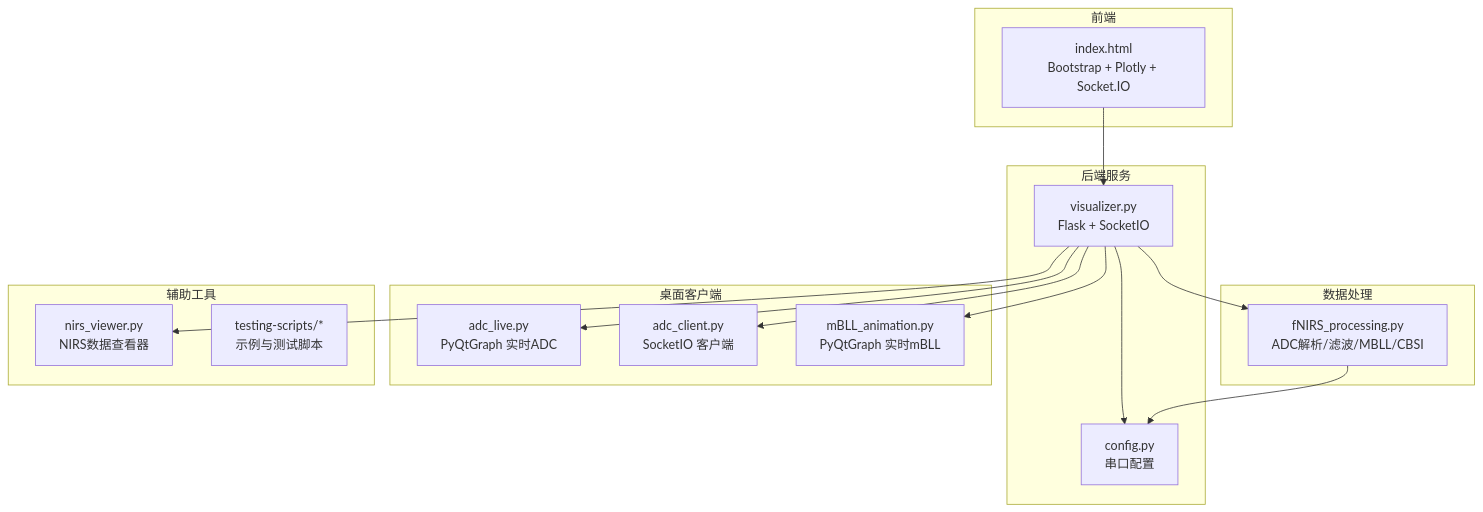
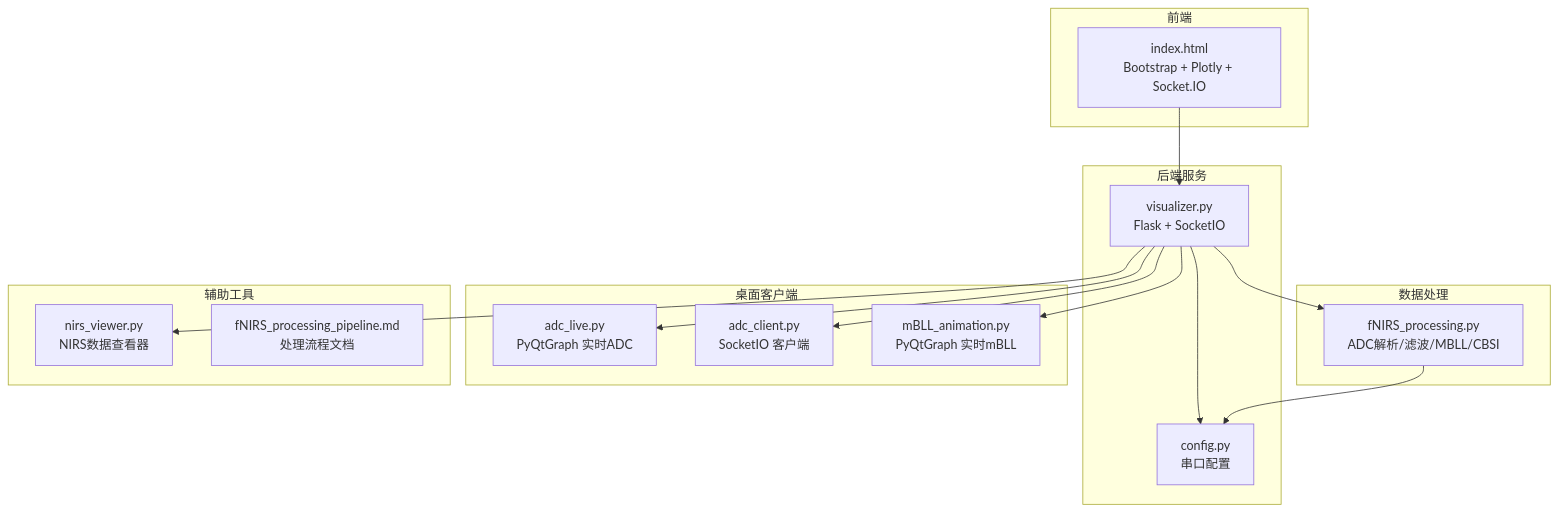
One commit to zhushizi/fNIRS-main changed the first of 8 diagrams in .qoder/repowiki/zh/content/软件系统/软件系统.md. Above: the diagram before and after it, drawn with Mermaid. The commit also changed other lines of this file and 28 other files, not shown here.

````diff
--- a/.qoder/repowiki/zh/content/软件系统/软件系统.md
+++ b/.qoder/repowiki/zh/content/软件系统/软件系统.md
@@ -45,30 +44,30 @@
 ```mermaid
 graph TB
 subgraph "前端"
 UI["index.html<br/>Bootstrap + Plotly + Socket.IO"]
 end
 subgraph "后端服务"
 V["visualizer.py<br/>Flask + SocketIO"]
 CFG["config.py<br/>串口配置"]
 end
 subgraph "数据处理"
 PROC["fNIRS_processing.py<br/>ADC解析/滤波/MBLL/CBSI"]
 end
 subgraph "桌面客户端"
 ADCL["adc_live.py<br/>PyQtGraph 实时ADC"]
 ADCC["adc_client.py<br/>SocketIO 客户端"]
 MBLLA["mBLL_animation.py<br/>PyQtGraph 实时mBLL"]
 end
 subgraph "辅助工具"
 NV["nirs_viewer.py<br/>NIRS数据查看器"]
-TS["testing-scripts/*<br/>示例与测试脚本"]
+TS["fNIRS_processing_pipeline.md<br/>处理流程文档"]
 end
 UI --> V
 V --> PROC
 V --> ADCL
 V --> ADCC
 V --> MBLLA
 V --> NV
 V --> CFG
 PROC --> CFG
 ```
````
